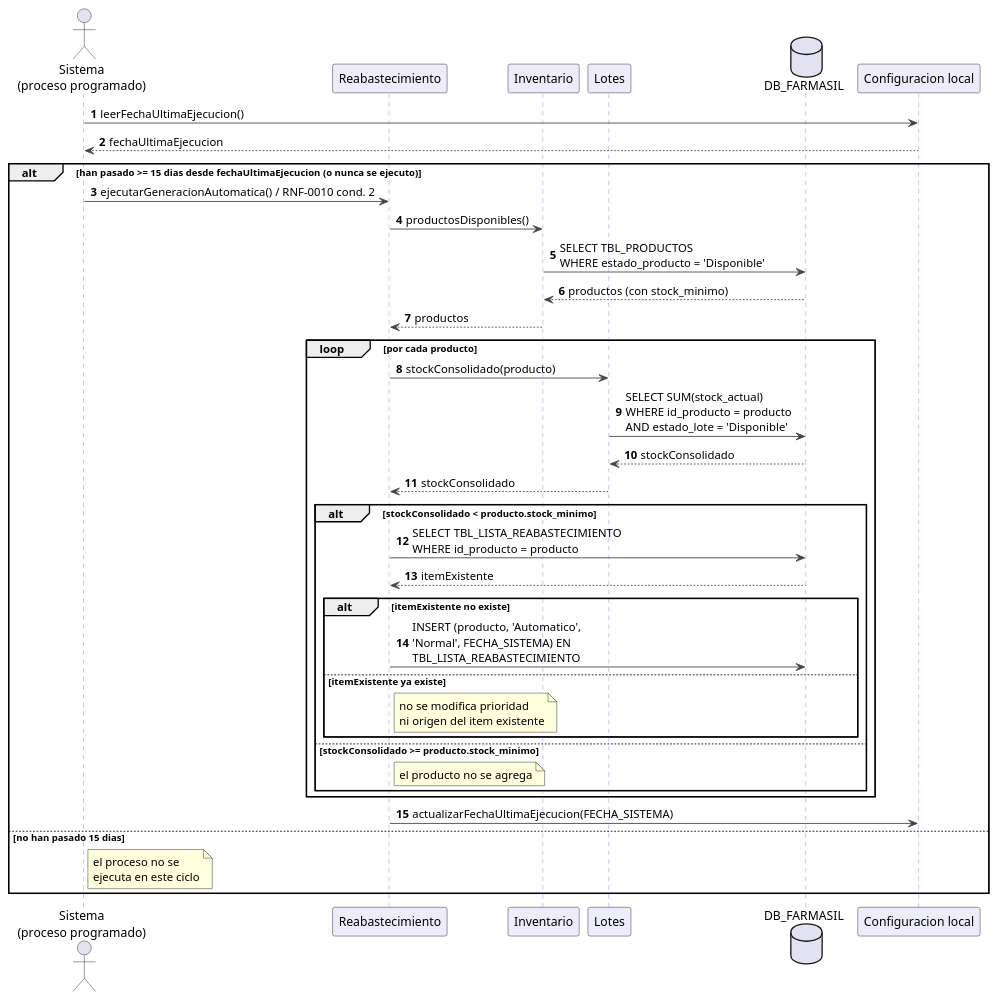
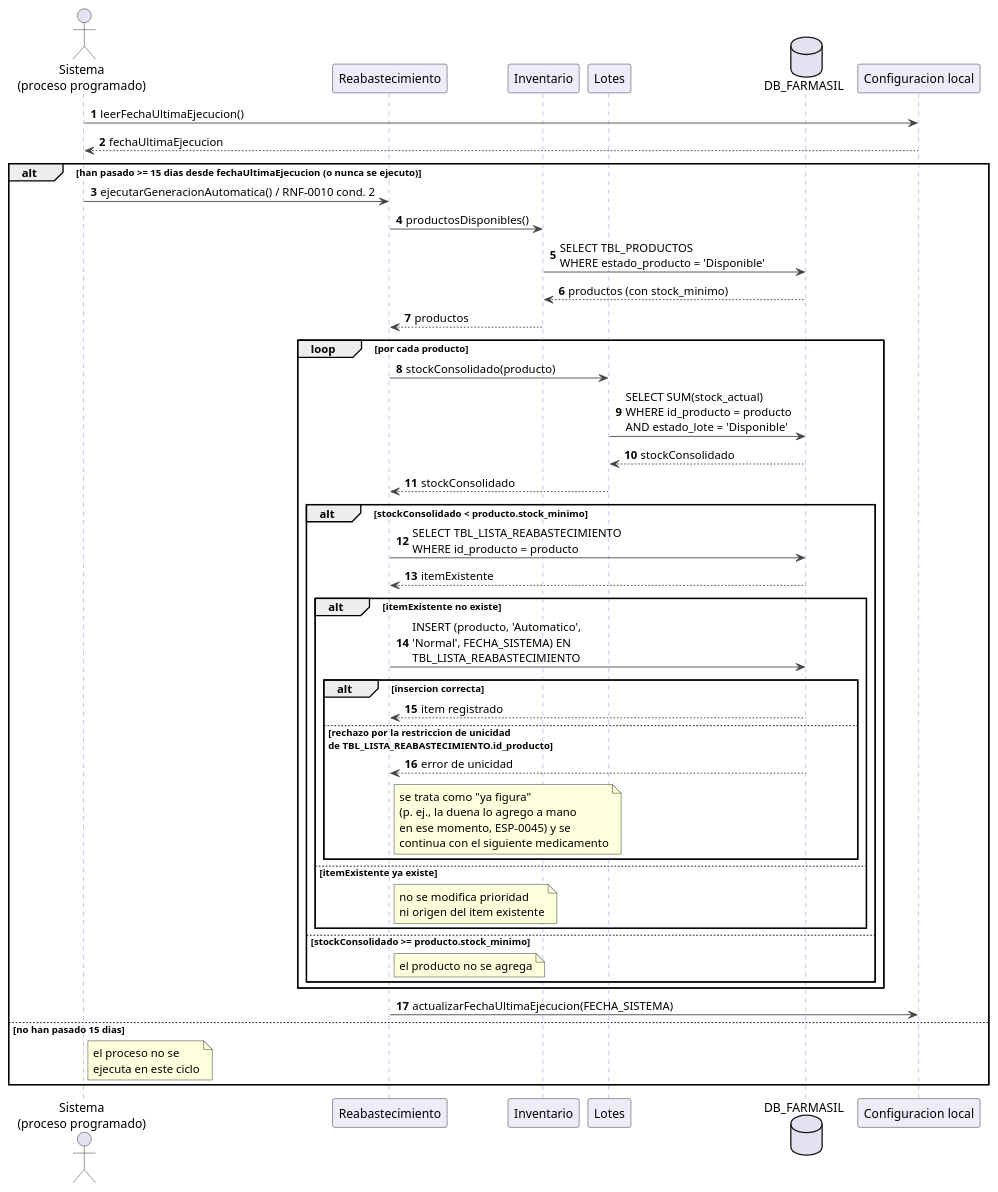
Before and after one commit to Luis-Ayben-Chahua-Charca/Farmasil_App: the diagram in docs/diagramas/plaintext-Comportamiento/SEC-02_ReabastecimientoAutomatico.puml, drawn with PlantUML. The commit also changed 37 other files, not shown here.

```diff
--- a/docs/diagramas/plaintext-Comportamiento/SEC-02_ReabastecimientoAutomatico.puml
+++ b/docs/diagramas/plaintext-Comportamiento/SEC-02_ReabastecimientoAutomatico.puml
@@ -1,49 +1,55 @@
 @startuml SEC-02_ReabastecimientoAutomatico
 autonumber
 skinparam sequence {
   ArrowColor #444444
   LifeLineBorderColor #8577E0
   ParticipantBackgroundColor #EDECFB
 }
 
 actor "Sistema\n(proceso programado)" as S
 participant "Reabastecimiento" as REA
 participant "Inventario" as I
 participant "Lotes" as L
 database "DB_FARMASIL" as D
 participant "Configuracion local" as C
 
 S -> C : leerFechaUltimaEjecucion()
 C --> S : fechaUltimaEjecucion
 
 alt han pasado >= 15 dias desde fechaUltimaEjecucion (o nunca se ejecuto)
   S -> REA : ejecutarGeneracionAutomatica() / RNF-0010 cond. 2
   REA -> I : productosDisponibles()
   I -> D : SELECT TBL_PRODUCTOS\nWHERE estado_producto = 'Disponible'
   D --> I : productos (con stock_minimo)
   I --> REA : productos
 
   loop por cada producto
     REA -> L : stockConsolidado(producto)
     L -> D : SELECT SUM(stock_actual)\nWHERE id_producto = producto\nAND estado_lote = 'Disponible'
     D --> L : stockConsolidado
     L --> REA : stockConsolidado
 
     alt stockConsolidado < producto.stock_minimo
       REA -> D : SELECT TBL_LISTA_REABASTECIMIENTO\nWHERE id_producto = producto
       D --> REA : itemExistente
       alt itemExistente no existe
         REA -> D : INSERT (producto, 'Automatico',\n'Normal', FECHA_SISTEMA) EN\nTBL_LISTA_REABASTECIMIENTO
+        alt insercion correcta
+          D --> REA : item registrado
+        else rechazo por la restriccion de unicidad\nde TBL_LISTA_REABASTECIMIENTO.id_producto
+          D --> REA : error de unicidad
+          note right of REA : se trata como "ya figura"\n(p. ej., la duena lo agrego a mano\nen ese momento, ESP-0045) y se\ncontinua con el siguiente medicamento
+        end
       else itemExistente ya existe
         note right of REA : no se modifica prioridad\nni origen del item existente
       end
     else stockConsolidado >= producto.stock_minimo
       note right of REA : el producto no se agrega
     end
   end
 
   REA -> C : actualizarFechaUltimaEjecucion(FECHA_SISTEMA)
 else no han pasado 15 dias
   note right of S : el proceso no se\nejecuta en este ciclo
 end
 @enduml
```
